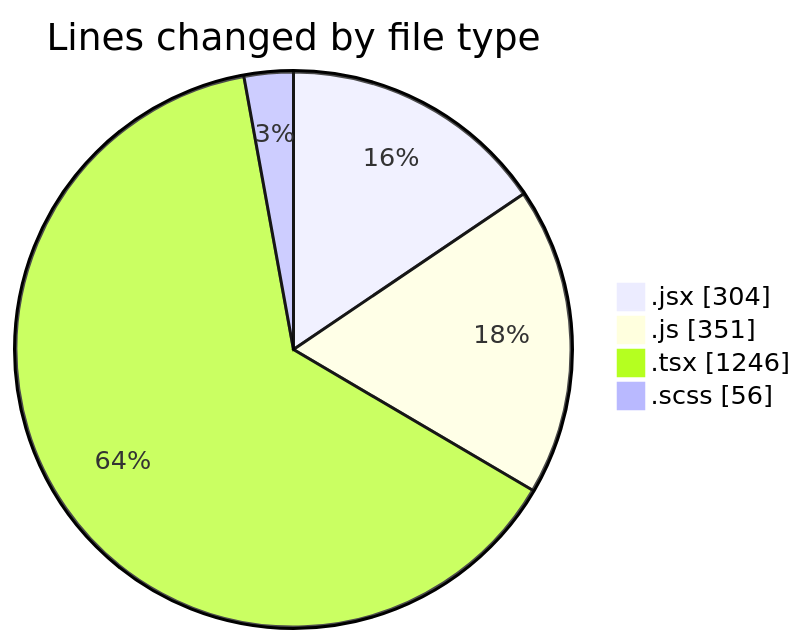
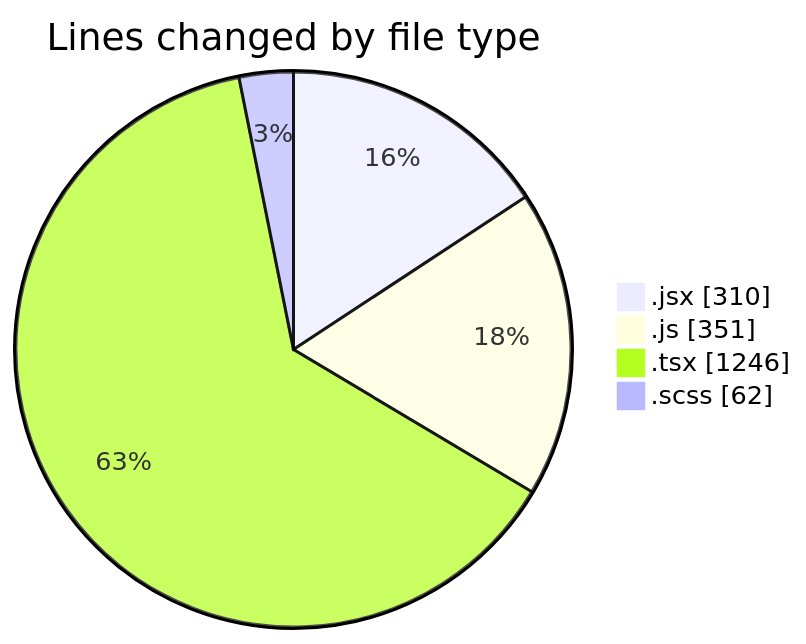
The first of 2 diagrams in 2026-02-12/cda/README.md (momahboobian/code-tracking), drawn with Mermaid before and after one commit. The commit also changed other lines of this file and 1 other file, not shown here.

````diff
--- a/2026-02-12/cda/README.md
+++ b/2026-02-12/cda/README.md
@@ -25,8 +25,8 @@
 ```mermaid
 pie showData
 title Lines changed by file type
-".jsx" : 304
+".jsx" : 310
 ".js" : 351
 ".tsx" : 1246
-".scss" : 56
+".scss" : 62
 ```
````
